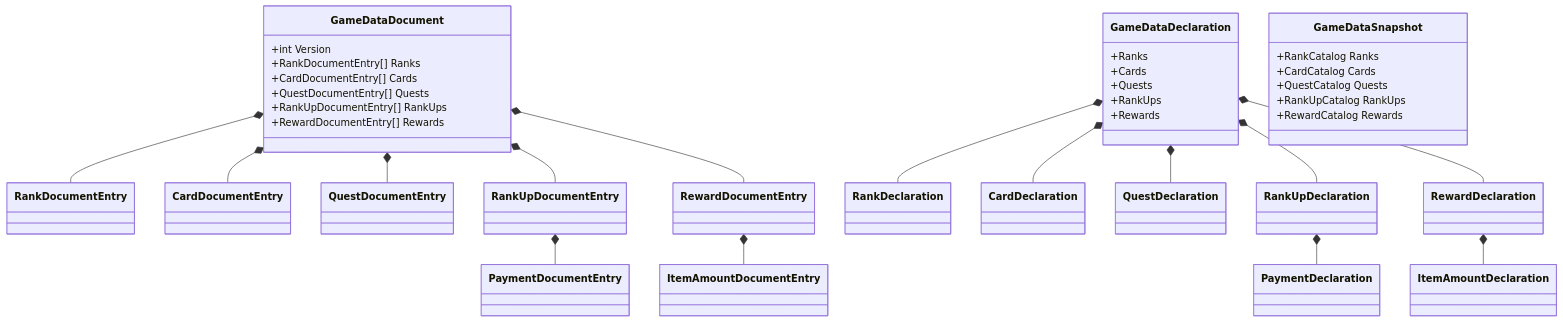
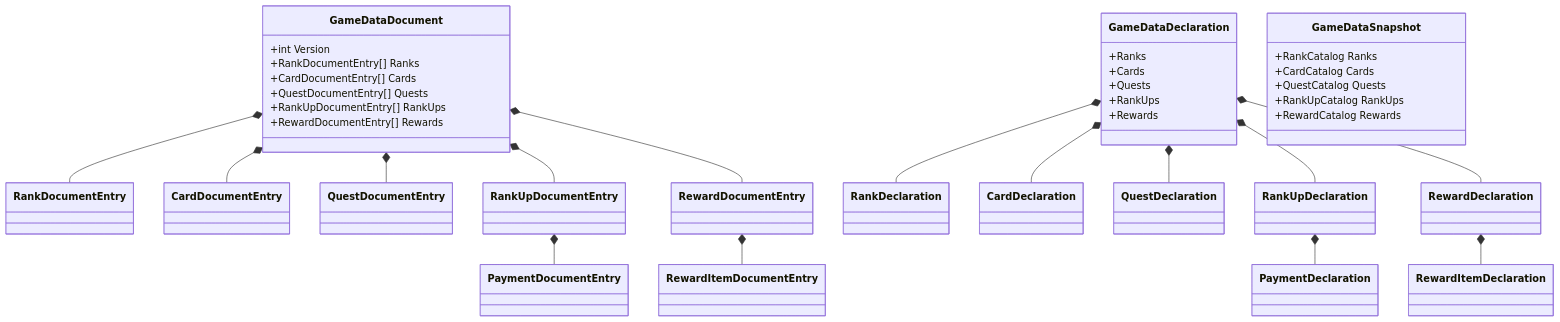
The second of 3 diagrams in Documentation/Architecture/Game-And-User-Data.md (SmailikMailik/ll-test), drawn with Mermaid before and after one commit. The commit also changed other lines of this file and 15 other files, not shown here.

````diff
--- a/Documentation/Architecture/Game-And-User-Data.md
+++ b/Documentation/Architecture/Game-And-User-Data.md
@@ -142,41 +142,41 @@
 ```mermaid
 classDiagram
     class GameDataDocument {
         +int Version
         +RankDocumentEntry[] Ranks
         +CardDocumentEntry[] Cards
         +QuestDocumentEntry[] Quests
         +RankUpDocumentEntry[] RankUps
         +RewardDocumentEntry[] Rewards
     }
     class GameDataDeclaration {
         +Ranks
         +Cards
         +Quests
         +RankUps
         +Rewards
     }
     class GameDataSnapshot {
         +RankCatalog Ranks
         +CardCatalog Cards
         +QuestCatalog Quests
         +RankUpCatalog RankUps
         +RewardCatalog Rewards
     }
 
     GameDataDocument *-- RankDocumentEntry
     GameDataDocument *-- CardDocumentEntry
     GameDataDocument *-- QuestDocumentEntry
     GameDataDocument *-- RankUpDocumentEntry
     GameDataDocument *-- RewardDocumentEntry
     RankUpDocumentEntry *-- PaymentDocumentEntry
-    RewardDocumentEntry *-- ItemAmountDocumentEntry
+    RewardDocumentEntry *-- RewardItemDocumentEntry
 
     GameDataDeclaration *-- RankDeclaration
     GameDataDeclaration *-- CardDeclaration
     GameDataDeclaration *-- QuestDeclaration
     GameDataDeclaration *-- RankUpDeclaration
     GameDataDeclaration *-- RewardDeclaration
     RankUpDeclaration *-- PaymentDeclaration
-    RewardDeclaration *-- ItemAmountDeclaration
+    RewardDeclaration *-- RewardItemDeclaration
 ```
````
